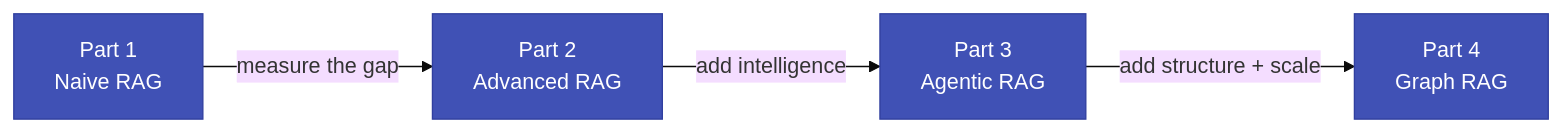
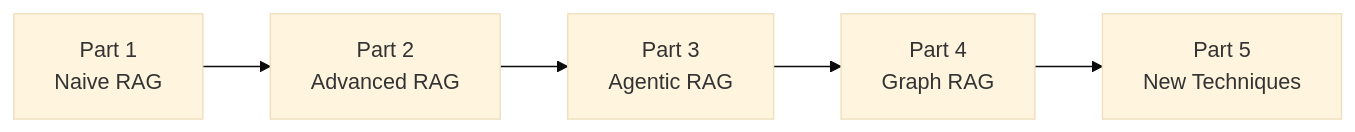
Before and after one commit to pypi-ahmad/agentic-rag-arxiv-research-assistant: the diagram in docs/index.md, drawn with Mermaid (base theme). The commit also changed other lines of this file and 25 other files, not shown here.

````diff
--- a/docs/index.md
+++ b/docs/index.md
@@ -31,13 +20,7 @@
 ```mermaid
 graph LR
-    A[Part 1<br/>Naive RAG] -->|measure the gap| B[Part 2<br/>Advanced RAG]
-    B -->|add intelligence| C[Part 3<br/>Agentic RAG]
-    C -->|add structure + scale| D[Part 4<br/>Graph RAG]
-
-    A:::done
-    B:::done
-    C:::done
-    D:::done
-
-    classDef done fill:#4051b5,stroke:#303f9f,color:#fff
+    A[Part 1<br/>Naive RAG] --> B[Part 2<br/>Advanced RAG]
+    B --> C[Part 3<br/>Agentic RAG]
+    C --> D[Part 4<br/>Graph RAG]
+    D --> E[Part 5<br/>New Techniques]
 ```
````
